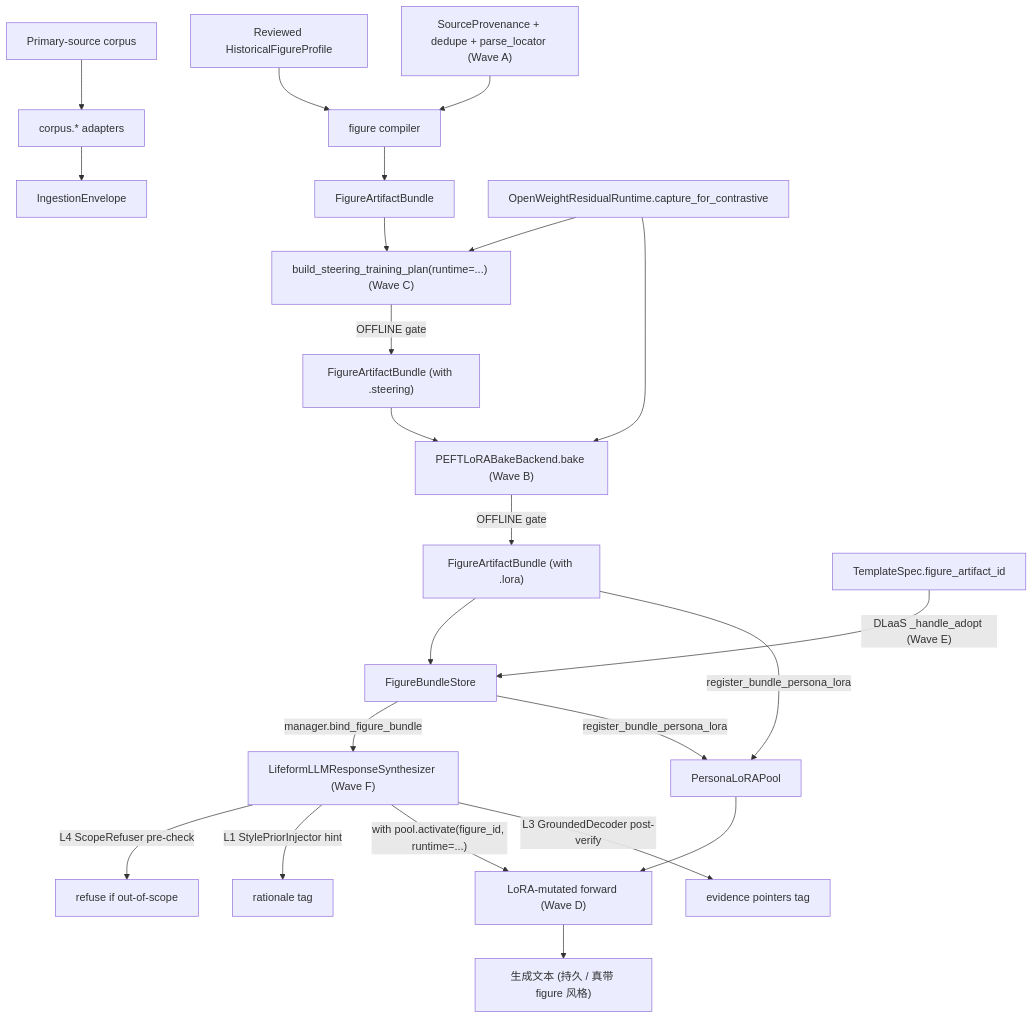
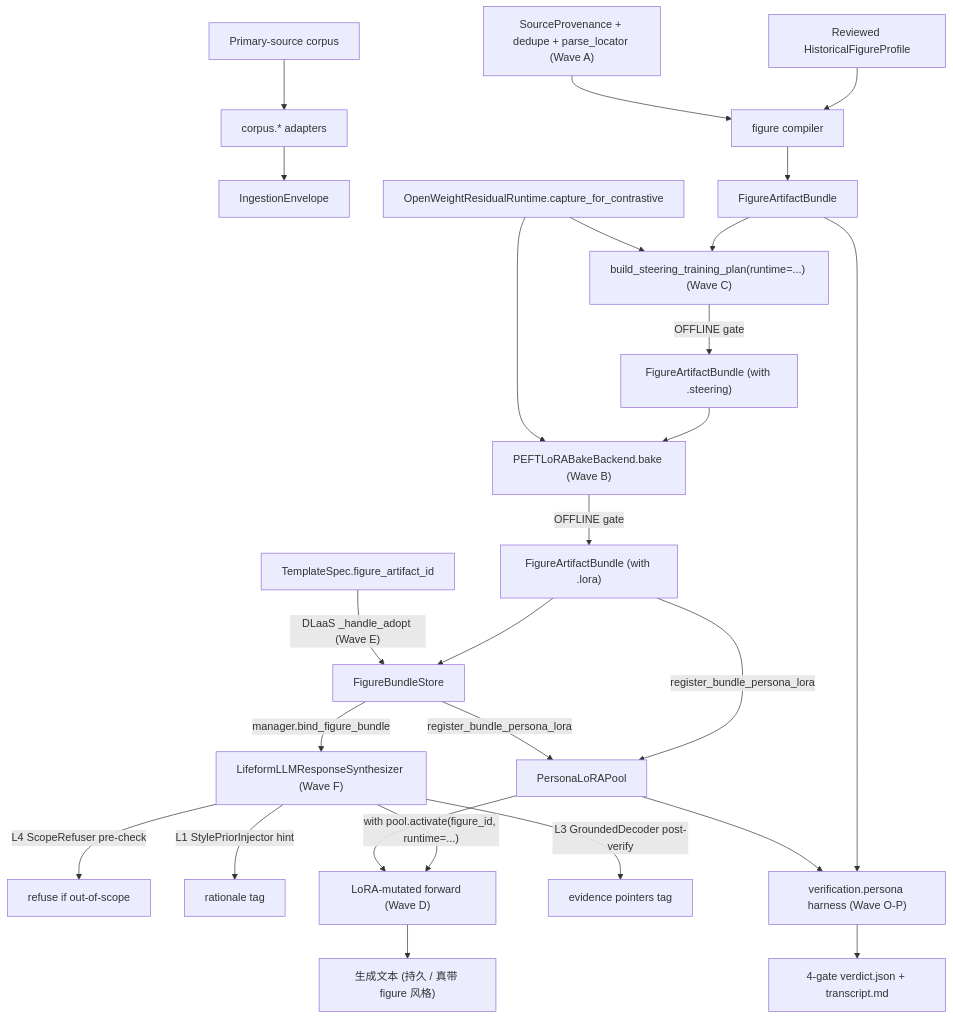
The diagram in docs/specs/figure-vertical.md (ronaldzgithub/VolvenceZero), drawn with Mermaid before and after one commit. The commit also changed other lines of this file and 20 other files, not shown here.

````diff
--- a/docs/specs/figure-vertical.md
+++ b/docs/specs/figure-vertical.md
@@ -123,25 +123,28 @@
 ```mermaid
 flowchart TD
     Corpus["Primary-source corpus"] --> CorpusIngest["corpus.* adapters"]
     Profile["Reviewed HistoricalFigureProfile"] --> Compiler["figure compiler"]
     CorpusIngest --> CorpusEnvelope["IngestionEnvelope"]
     Provenance["SourceProvenance + dedupe + parse_locator (Wave A)"] --> Compiler
     Compiler --> Bundle["FigureArtifactBundle"]
     Bundle --> SteeringBake["build_steering_training_plan(runtime=...) (Wave C)"]
     Runtime["OpenWeightResidualRuntime.capture_for_contrastive"] --> SteeringBake
     SteeringBake -->|"OFFLINE gate"| BundleSteering["FigureArtifactBundle (with .steering)"]
     BundleSteering --> PEFT["PEFTLoRABakeBackend.bake (Wave B)"]
     Runtime --> PEFT
     PEFT -->|"OFFLINE gate"| BundleLora["FigureArtifactBundle (with .lora)"]
     BundleLora --> Store["FigureBundleStore"]
     BundleLora -->|"register_bundle_persona_lora"| Pool["PersonaLoRAPool"]
     Template["TemplateSpec.figure_artifact_id"] -->|"DLaaS _handle_adopt (Wave E)"| Store
     Store -->|"manager.bind_figure_bundle"| Synth["LifeformLLMResponseSynthesizer (Wave F)"]
     Store -->|"register_bundle_persona_lora"| Pool
     Synth -->|"L4 ScopeRefuser pre-check"| L4["refuse if out-of-scope"]
     Synth -->|"L1 StylePriorInjector hint"| L1Tag["rationale tag"]
     Synth -->|"with pool.activate(figure_id, runtime=...)"| RuntimeForward["LoRA-mutated forward (Wave D)"]
     Pool --> RuntimeForward
     RuntimeForward --> Output["生成文本 (持久 / 真带 figure 风格)"]
     Synth -->|"L3 GroundedDecoder post-verify"| L3Tag["evidence pointers tag"]
+    Bundle --> Verify["verification.persona harness (Wave O-P)"]
+    Pool --> Verify
+    Verify --> Verdict["4-gate verdict.json + transcript.md"]
 ```
````
